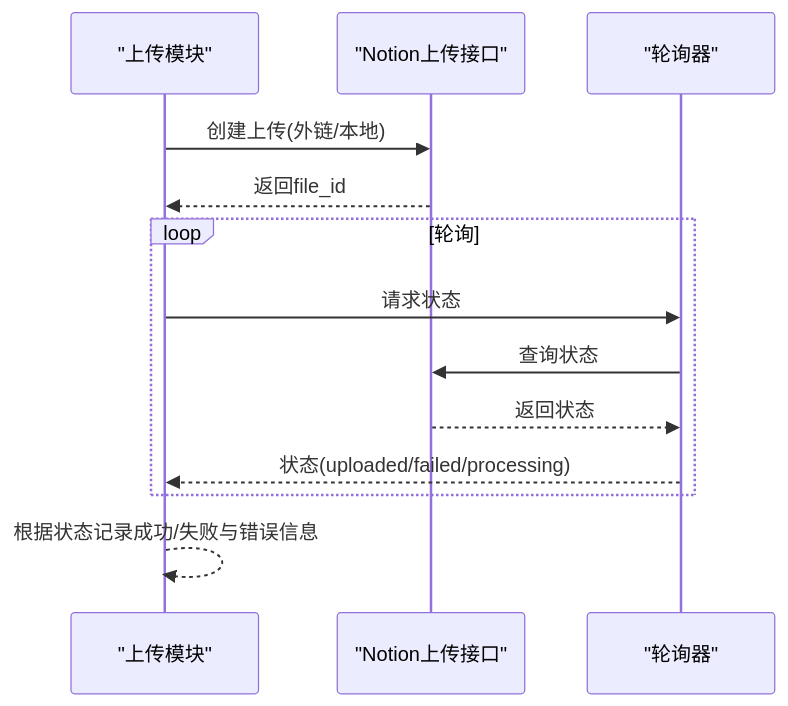
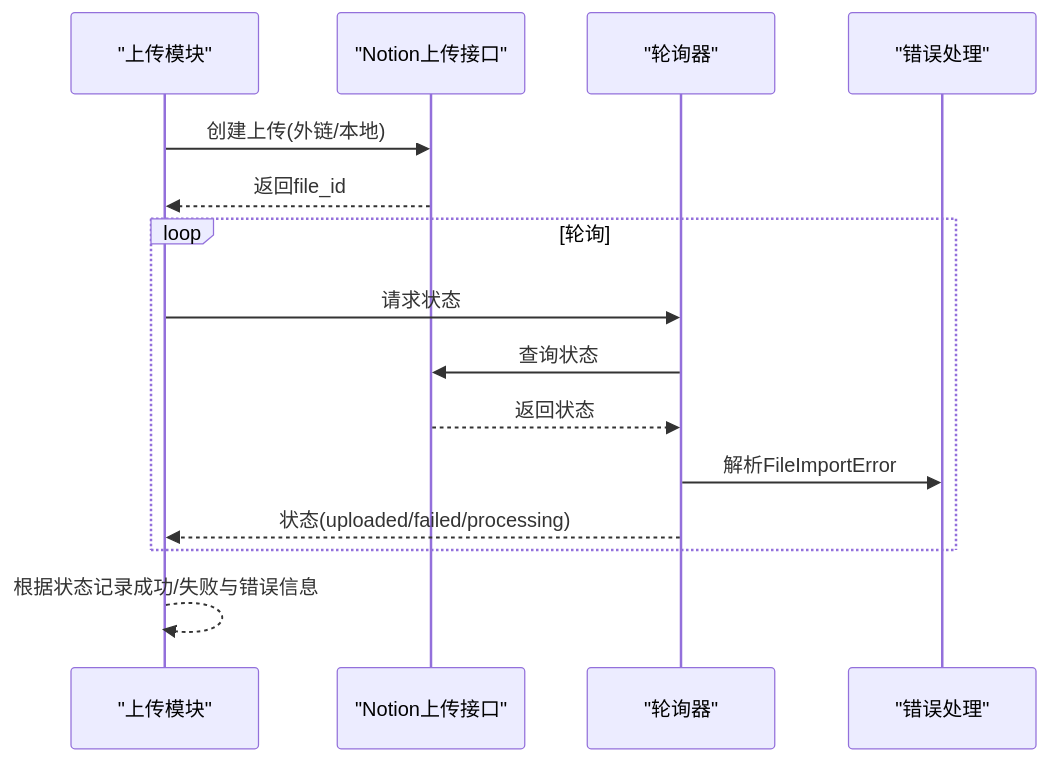
One commit to iverwong/DataLife changed the seventh of 9 diagrams in .qoder/repowiki/zh/content/核心模块详解/Notion集成模块/文件上传策略.md. Above: the diagram before and after it, drawn with Mermaid. The commit also changed other lines of this file and 14 other files, not shown here.

````diff
--- a/.qoder/repowiki/zh/content/核心模块详解/Notion集成模块/文件上传策略.md
+++ b/.qoder/repowiki/zh/content/核心模块详解/Notion集成模块/文件上传策略.md
@@ -249,15 +279,17 @@
 ```mermaid
 sequenceDiagram
 participant U as "上传模块"
 participant N as "Notion上传接口"
 participant R as "轮询器"
+participant E as "错误处理"
 U->>N : 创建上传(外链/本地)
 N-->>U : 返回file_id
 loop 轮询
 U->>R : 请求状态
 R->>N : 查询状态
 N-->>R : 返回状态
+R->>E : 解析FileImportError
 R-->>U : 状态(uploaded/failed/processing)
 end
 U-->>U : 根据状态记录成功/失败与错误信息
 ```
````
